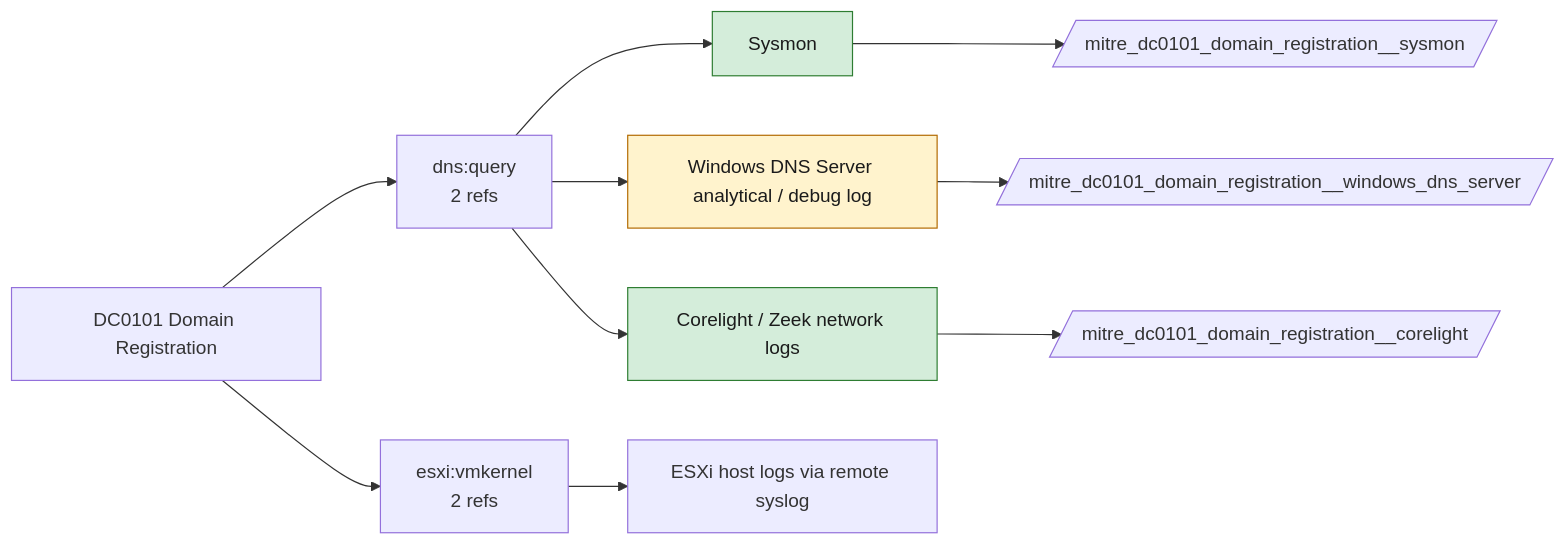
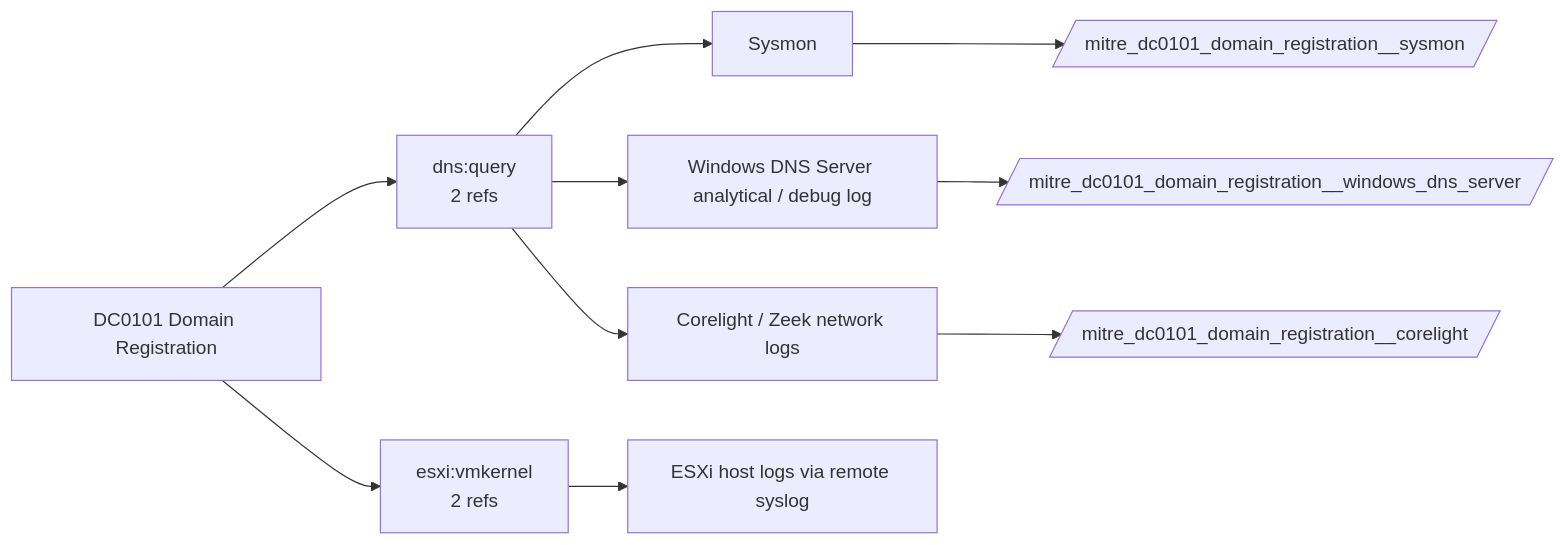
The diagram in docs/data-components/DC0101-domain-registration.md (dev-nobytes-io/mitre-defensive-mappings-spl), drawn with Mermaid before and after one commit. The commit also changed other lines of this file and 366 other files, not shown here.

````diff
--- a/docs/data-components/DC0101-domain-registration.md
+++ b/docs/data-components/DC0101-domain-registration.md
@@ -19,22 +19,17 @@
 ```mermaid
 flowchart LR
   DC["DC0101 Domain Registration"]
   DC --> LS0["dns:query<br/>2 refs"]
   F_sysmon["Sysmon"]
   LS0 --> F_sysmon
   F_windows_dns_server["Windows DNS Server analytical / debug log"]
   LS0 --> F_windows_dns_server
   F_corelight["Corelight / Zeek network logs"]
   LS0 --> F_corelight
   DC --> LS1["esxi:vmkernel<br/>2 refs"]
   F_esxi_syslog["ESXi host logs via remote syslog"]
   LS1 --> F_esxi_syslog
   F_corelight --> ET_corelight[/"mitre_dc0101_domain_registration__corelight"/]
-  class F_corelight live
   F_sysmon --> ET_sysmon[/"mitre_dc0101_domain_registration__sysmon"/]
-  class F_sysmon live
   F_windows_dns_server --> ET_windows_dns_server[/"mitre_dc0101_domain_registration__windows_dns_server"/]
-  class F_windows_dns_server ready
-  classDef live fill:#d4edda,stroke:#2e7d32,color:#1b1b1b
-  classDef ready fill:#fff3cd,stroke:#b26a00,color:#1b1b1b
 ```
````
